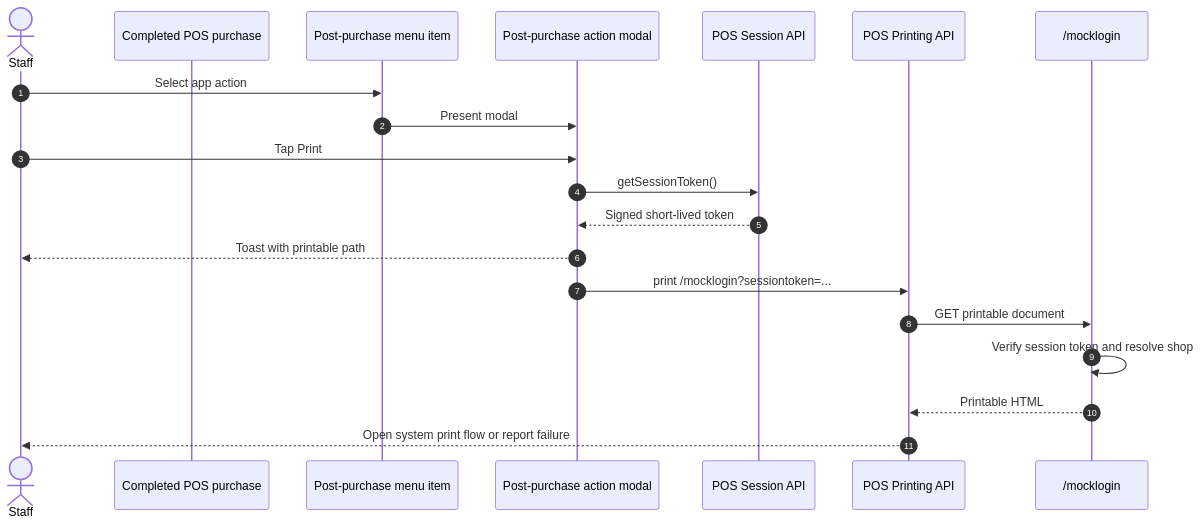
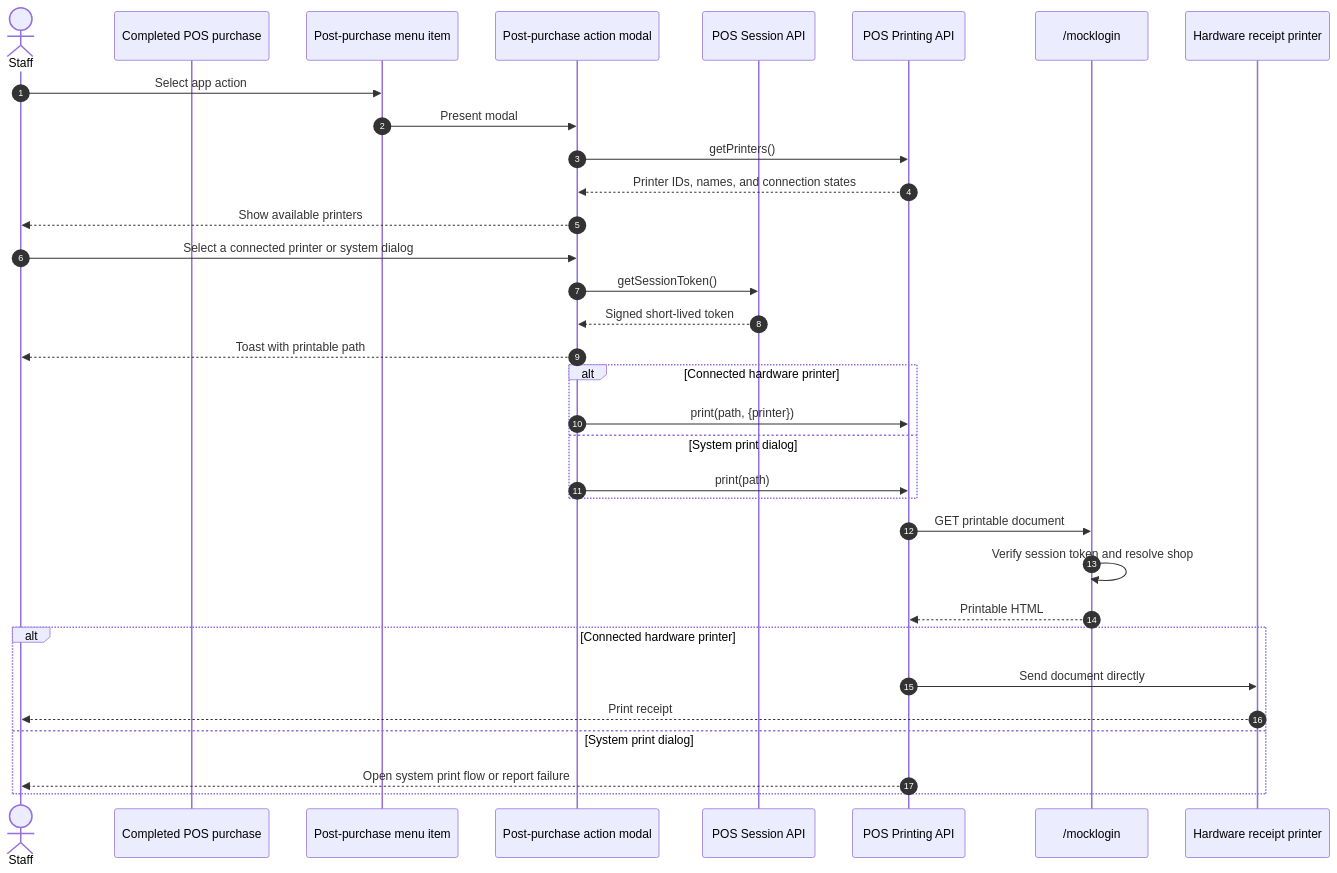
One commit to benzookapi/shopify-barebone-app-sample changed the second of 2 diagrams in docs/16-posui.md. Above: the diagram before and after it, drawn with Mermaid. The commit also changed other lines of this file, not shown here.

Commit message:
Document POS Printing API paths

````diff
--- a/docs/16-posui.md
+++ b/docs/16-posui.md
@@ -38,23 +38,36 @@
 ```mermaid
 sequenceDiagram
     autonumber
     actor Staff
     participant POS as Completed POS purchase
     participant Menu as Post-purchase menu item
     participant Modal as Post-purchase action modal
     participant Session as POS Session API
     participant Print as POS Printing API
     participant App as /mocklogin
+    participant Printer as Hardware receipt printer
 
     Staff->>Menu: Select app action
     Menu->>Modal: Present modal
-    Staff->>Modal: Tap Print
+    Modal->>Print: getPrinters()
+    Print-->>Modal: Printer IDs, names, and connection states
+    Modal-->>Staff: Show available printers
+    Staff->>Modal: Select a connected printer or system dialog
     Modal->>Session: getSessionToken()
     Session-->>Modal: Signed short-lived token
     Modal-->>Staff: Toast with printable path
-    Modal->>Print: print /mocklogin?sessiontoken=...
+    alt Connected hardware printer
+        Modal->>Print: print(path, {printer})
+    else System print dialog
+        Modal->>Print: print(path)
+    end
     Print->>App: GET printable document
     App->>App: Verify session token and resolve shop
     App-->>Print: Printable HTML
-    Print-->>Staff: Open system print flow or report failure
+    alt Connected hardware printer
+        Print->>Printer: Send document directly
+        Printer-->>Staff: Print receipt
+    else System print dialog
+        Print-->>Staff: Open system print flow or report failure
+    end
 ```
````
